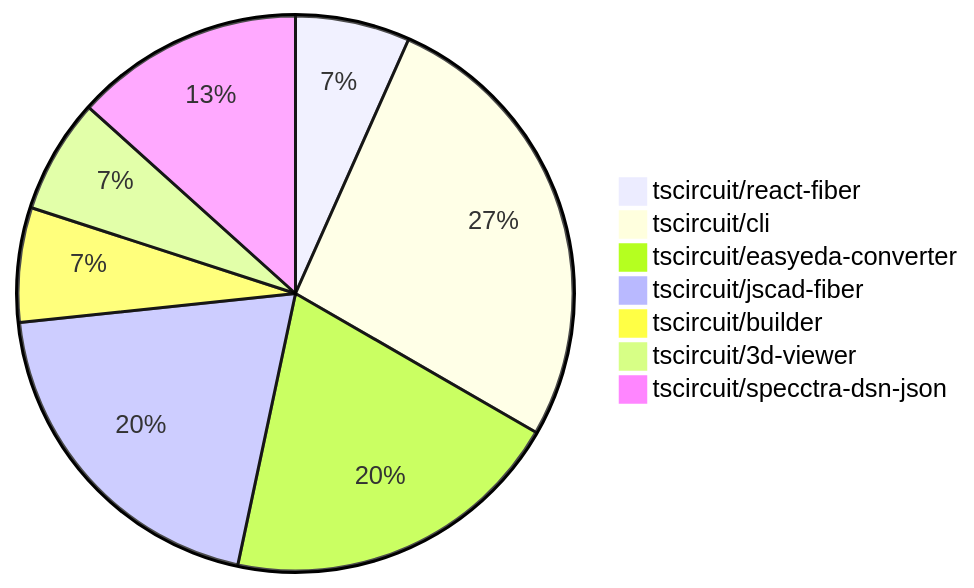
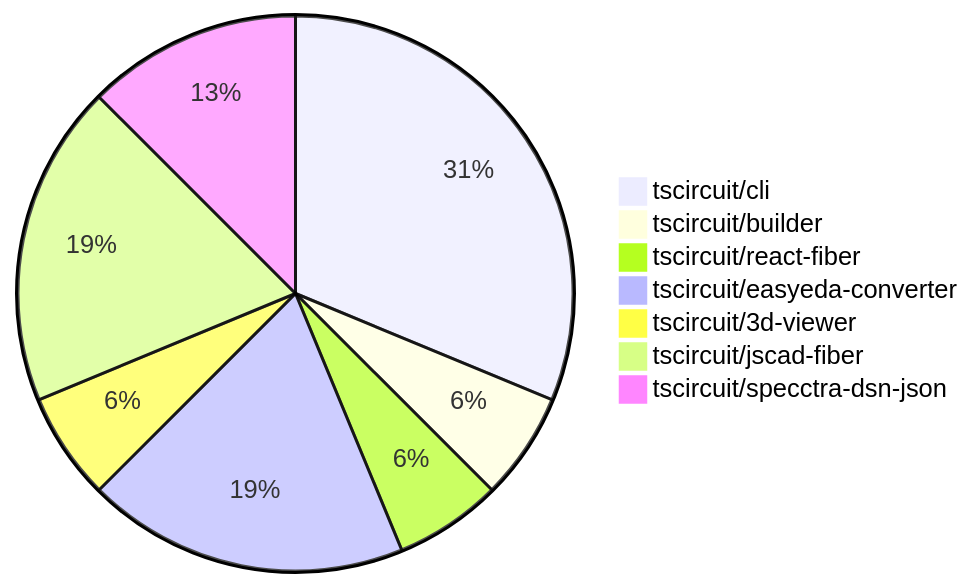
The diagram in contribution-overviews/2024-07-06.md (tscircuit/contribution-tracker), drawn with Mermaid before and after one commit. The commit also changed other lines of this file and 1 other file, not shown here.

````diff
--- a/contribution-overviews/2024-07-06.md
+++ b/contribution-overviews/2024-07-06.md
@@ -5,10 +5,10 @@
 ```mermaid
 pie
+    "tscircuit/cli" : 5
+    "tscircuit/builder" : 1
     "tscircuit/react-fiber" : 1
-    "tscircuit/cli" : 4
     "tscircuit/easyeda-converter" : 3
+    "tscircuit/3d-viewer" : 1
     "tscircuit/jscad-fiber" : 3
-    "tscircuit/builder" : 1
-    "tscircuit/3d-viewer" : 1
     "tscircuit/specctra-dsn-json" : 2
 ```
````
